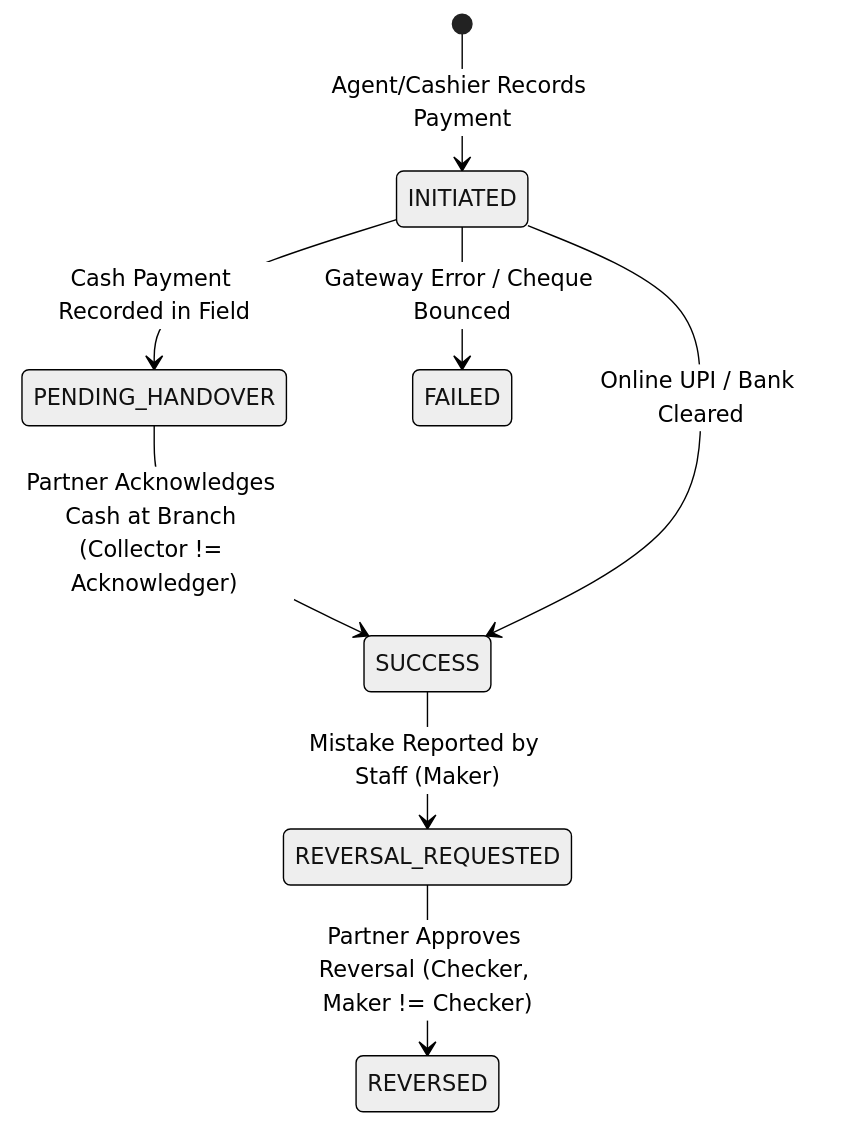
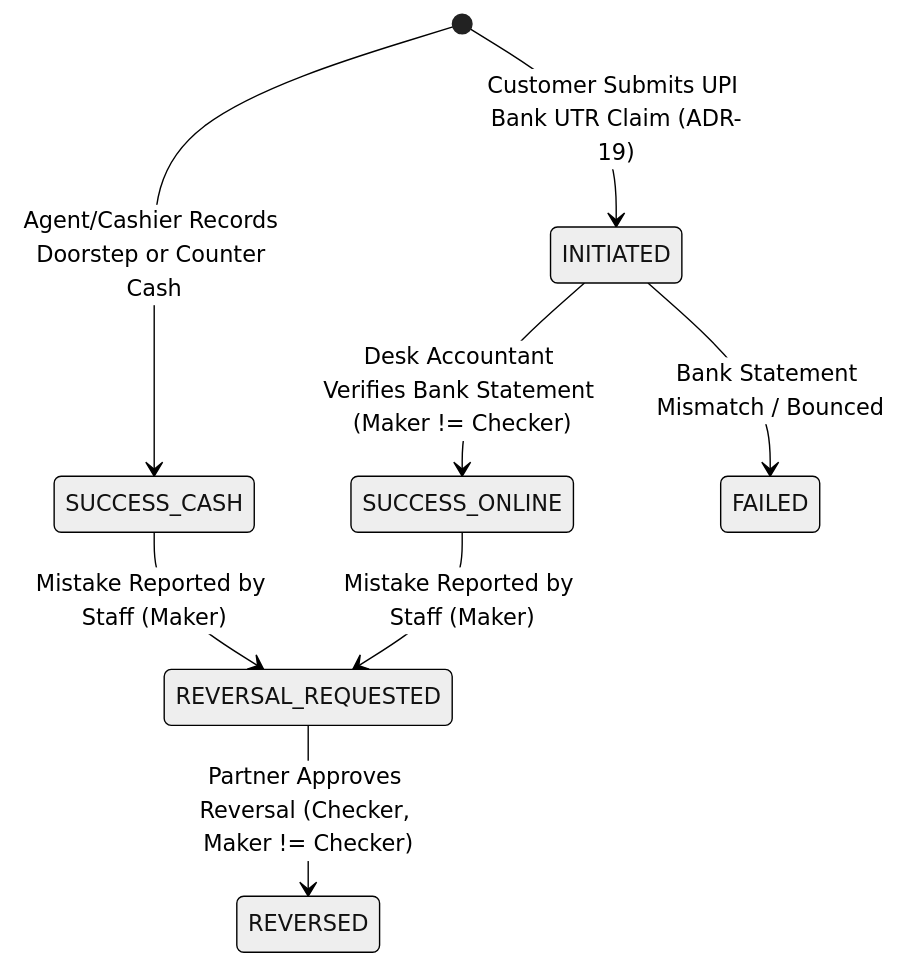
One commit to Kathir-24/Kumaran-finance changed the fourth of 6 diagrams in docs/03-architecture/state-machines.md. Above: the diagram before and after it, drawn with Mermaid (neutral theme). The commit also changed other lines of this file and 18 other files, not shown here.

Commit message:
docs: synchronize all architecture, api, testing, and manual specs with native upi and utr uniqueness

````diff
--- a/docs/03-architecture/state-machines.md
+++ b/docs/03-architecture/state-machines.md
@@ -104,10 +106,10 @@
 ```mermaid
 stateDiagram-v2
-    [*] --> INITIATED : Agent/Cashier Records Payment
-    INITIATED --> PENDING_HANDOVER : Cash Payment Recorded in Field
-    PENDING_HANDOVER --> SUCCESS : Partner Acknowledges Cash at Branch (Collector != Acknowledger)
-    INITIATED --> SUCCESS : Online UPI / Bank Cleared
-    SUCCESS --> REVERSAL_REQUESTED : Mistake Reported by Staff (Maker)
+    [*] --> SUCCESS_CASH : Agent/Cashier Records Doorstep or Counter Cash
+    [*] --> INITIATED : Customer Submits UPI Bank UTR Claim (ADR-19)
+    INITIATED --> SUCCESS_ONLINE : Desk Accountant Verifies Bank Statement (Maker != Checker)
+    INITIATED --> FAILED : Bank Statement Mismatch / Bounced
+    SUCCESS_CASH --> REVERSAL_REQUESTED : Mistake Reported by Staff (Maker)
+    SUCCESS_ONLINE --> REVERSAL_REQUESTED : Mistake Reported by Staff (Maker)
     REVERSAL_REQUESTED --> REVERSED : Partner Approves Reversal (Checker, Maker != Checker)
-    INITIATED --> FAILED : Gateway Error / Cheque Bounced
 ```
````
